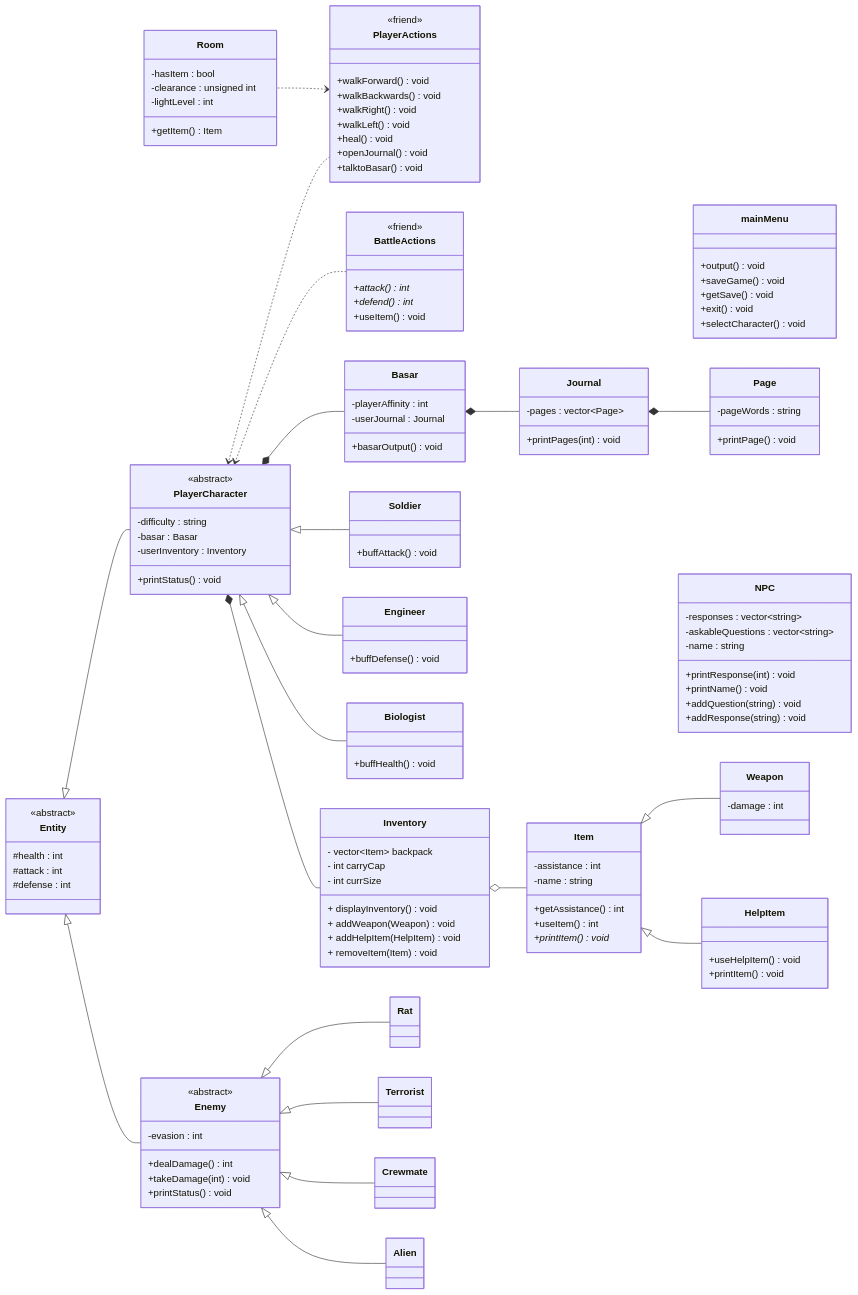
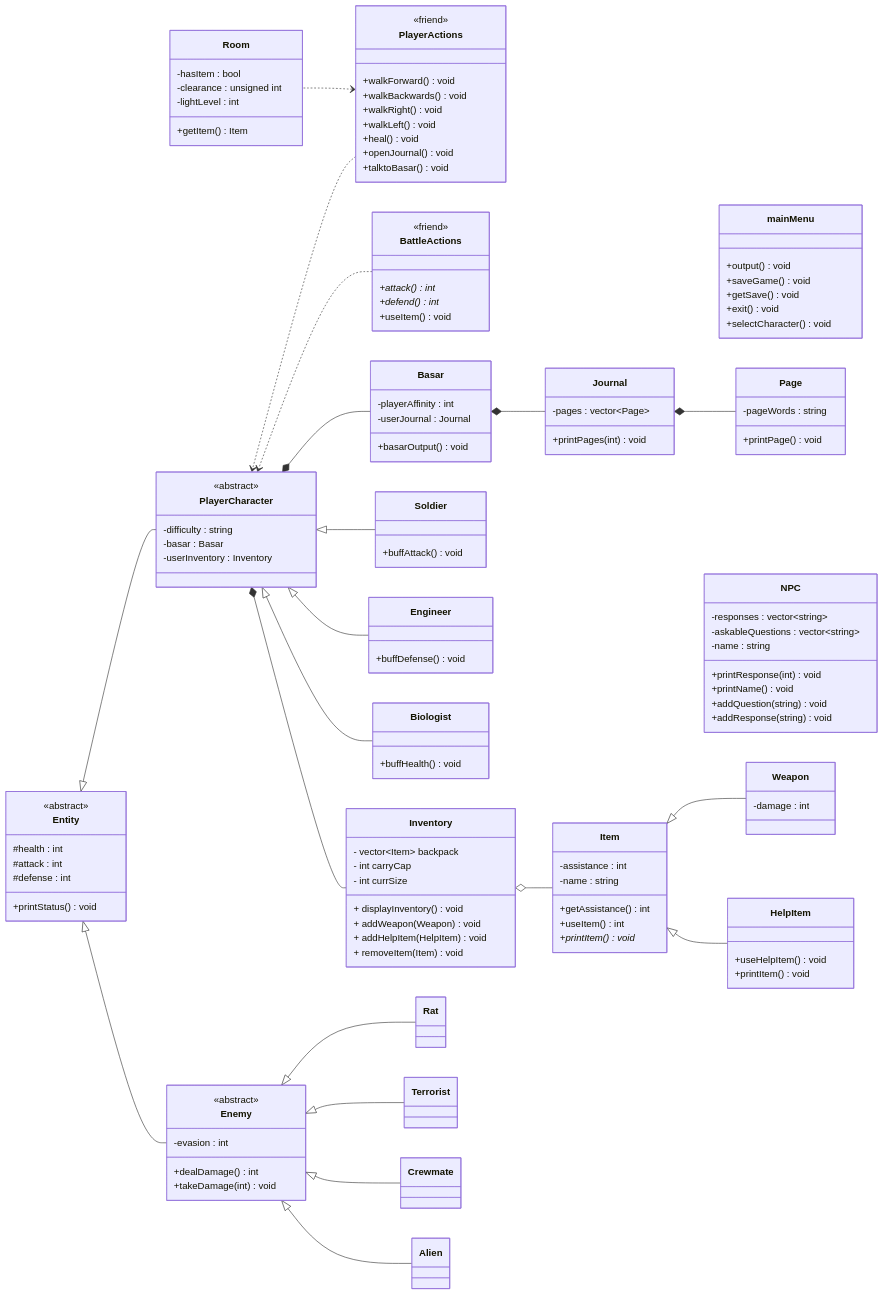
One commit to jalee314/dAEraFinal changed the diagram in README.md. Above: the diagram before and after it, drawn with Mermaid.

Commit message:
Changed entity to have printStatus in interface

```diff
--- a/README.md
+++ b/README.md
@@ -56,7 +56,8 @@
 class Entity {
     #health : int 
     #attack : int 
-    #defense : int 
+    #defense : int
+    +printStatus()void
 }
 <<abstract>> Entity
 
@@ -146,7 +147,6 @@
     -difficulty : string 
     -basar : Basar 
     -userInventory : Inventory 
-    +printStatus()void
 }
 <<abstract>> PlayerCharacter
 
@@ -154,7 +154,6 @@
     -evasion : int
     +dealDamage()int
     +takeDamage(int)void
-    +printStatus()void
 }
 <<abstract>> Enemy
 
```
